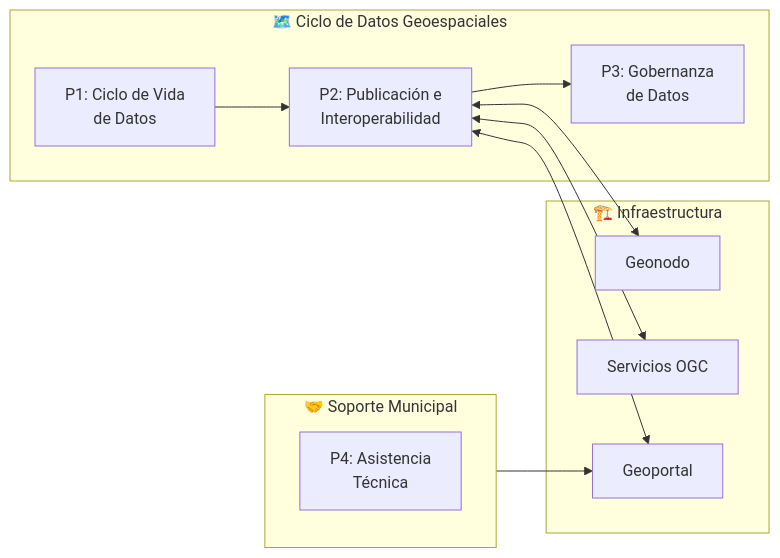
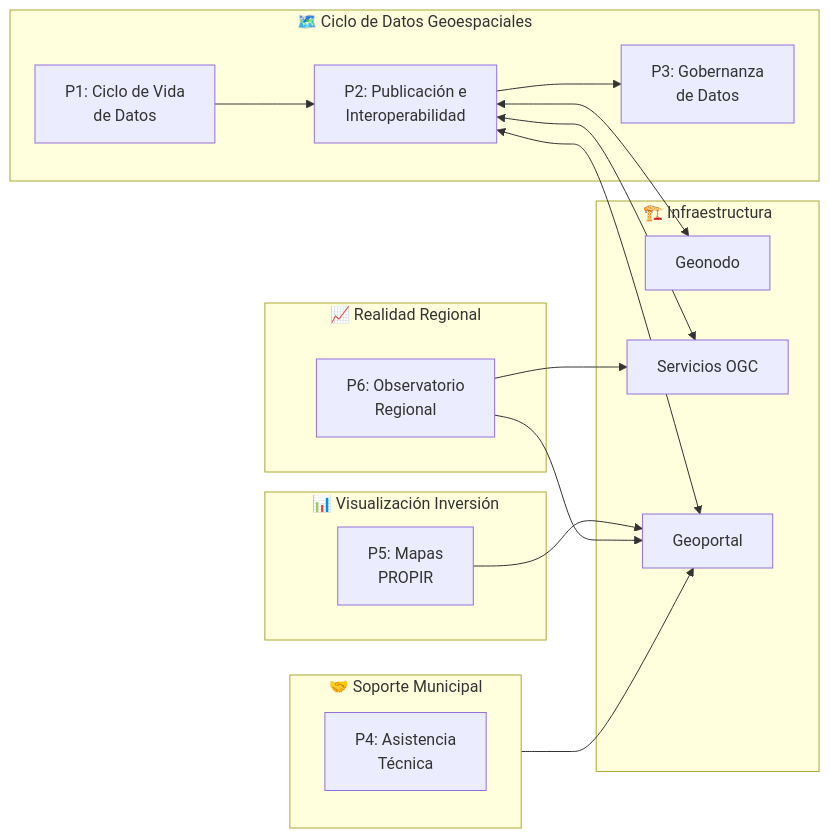
The first of 7 diagrams in docs/blueprint/domains/domain_d-terr.md (felix-antonio-sl/gore_os), drawn with Mermaid before and after one commit. The commit also changed other lines of this file and 20 other files, not shown here.

````diff
--- a/docs/blueprint/domains/domain_d-terr.md
+++ b/docs/blueprint/domains/domain_d-terr.md
@@ -96,22 +97,32 @@
 ```mermaid
 flowchart LR
     subgraph CICLO["🗺️ Ciclo de Datos Geoespaciales"]
         P1["P1: Ciclo de Vida<br/>de Datos"]
         P2["P2: Publicación e<br/>Interoperabilidad"]
         P3["P3: Gobernanza<br/>de Datos"]
     end
 
     subgraph SOPORTE["🤝 Soporte Municipal"]
         P4["P4: Asistencia<br/>Técnica"]
     end
 
+    subgraph INVERSION["📊 Visualización Inversión"]
+        P5["P5: Mapas<br/>PROPIR"]
+    end
+
+    subgraph OBSERVATORIO["📈 Realidad Regional"]
+        P6["P6: Observatorio<br/>Regional"]
+    end
+
     subgraph INFRAESTRUCTURA["🏗️ Infraestructura"]
         I1["Geonodo"]
         I2["Servicios OGC"]
         I3["Geoportal"]
     end
 
     P1 --> P2 --> P3
     P2 <--> I1 & I2 & I3
     SOPORTE --> I3
+    P5 --> I3
+    P6 --> I2 & I3
 ```
````
